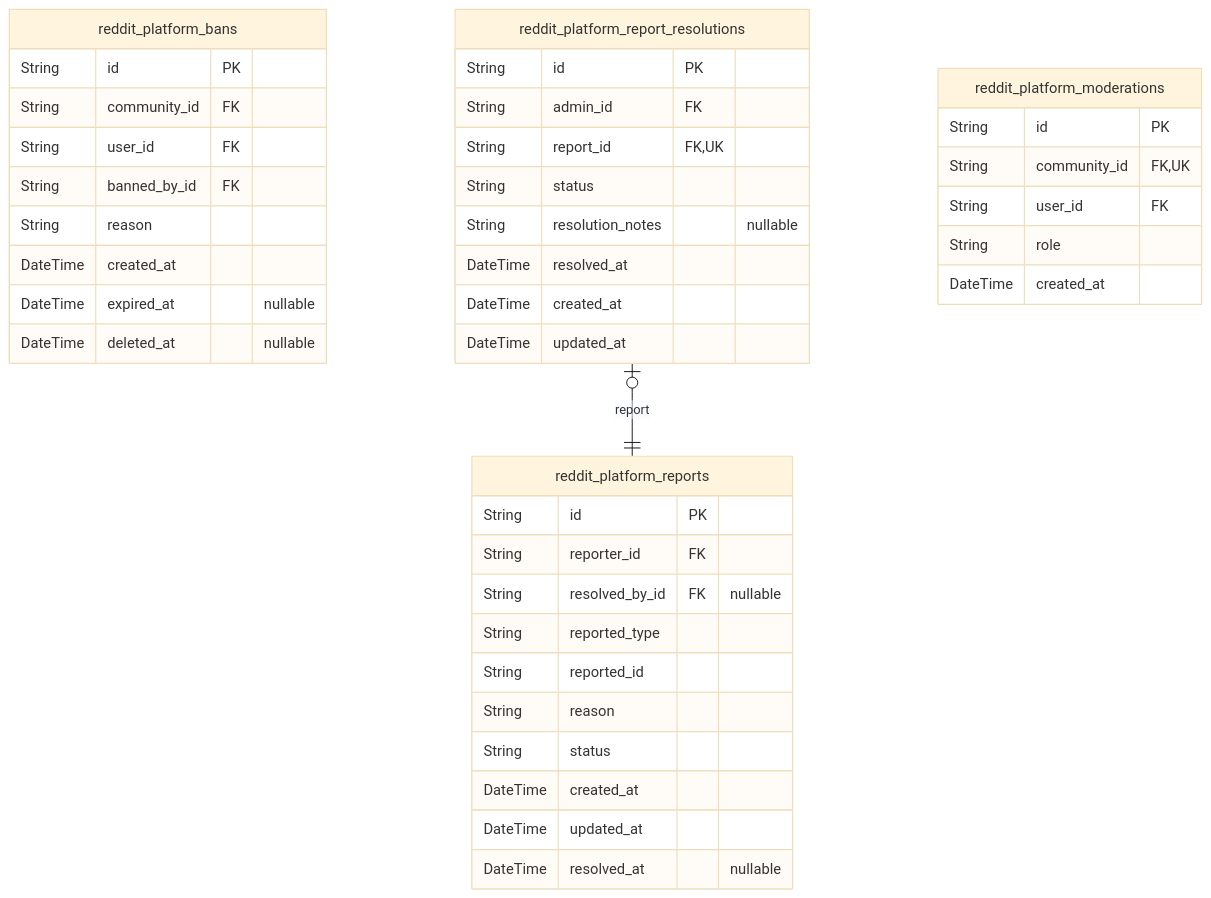
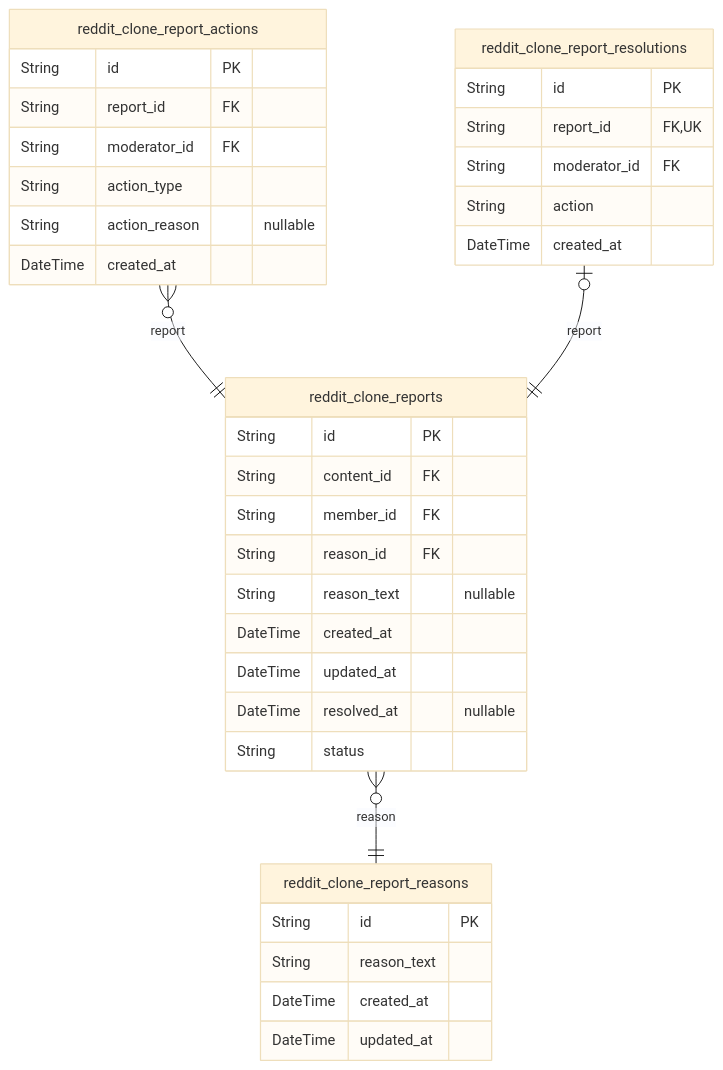
Before and after one commit to wrtnlabs/autobe-examples: the seventh of 7 diagrams in qwen/qwen3-coder-next/reddit/docs/ERD.md, drawn with Mermaid (base theme). The commit also changed other lines of this file and 25939 other files, not shown here.

````diff
--- a/qwen/qwen3-coder-next/reddit/docs/ERD.md
+++ b/qwen/qwen3-coder-next/reddit/docs/ERD.md
@@ -898,43 +1573,38 @@
 ```mermaid
 erDiagram
-"reddit_platform_bans" {
+"reddit_clone_reports" {
   String id PK
-  String community_id FK
-  String user_id FK
-  String banned_by_id FK
-  String reason
-  DateTime created_at
-  DateTime expired_at "nullable"
-  DateTime deleted_at "nullable"
-}
-"reddit_platform_reports" {
-  String id PK
-  String reporter_id FK
-  String resolved_by_id FK "nullable"
-  String reported_type
-  String reported_id
-  String reason
-  String status
+  String content_id FK
+  String member_id FK
+  String reason_id FK
+  String reason_text "nullable"
   DateTime created_at
   DateTime updated_at
   DateTime resolved_at "nullable"
+  String status
 }
-"reddit_platform_report_resolutions" {
+"reddit_clone_report_actions" {
   String id PK
-  String admin_id FK
-  String report_id FK,UK
-  String status
-  String resolution_notes "nullable"
-  DateTime resolved_at
+  String report_id FK
+  String moderator_id FK
+  String action_type
+  String action_reason "nullable"
+  DateTime created_at
+}
+"reddit_clone_report_reasons" {
+  String id PK
+  String reason_text
   DateTime created_at
   DateTime updated_at
 }
-"reddit_platform_moderations" {
+"reddit_clone_report_resolutions" {
   String id PK
-  String community_id FK,UK
-  String user_id FK
-  String role
+  String report_id FK,UK
+  String moderator_id FK
+  String action
   DateTime created_at
 }
-"reddit_platform_report_resolutions" |o--|| "reddit_platform_reports" : report
+"reddit_clone_reports" }o--|| "reddit_clone_report_reasons" : reason
+"reddit_clone_report_actions" }o--|| "reddit_clone_reports" : report
+"reddit_clone_report_resolutions" |o--|| "reddit_clone_reports" : report
 ```
````
